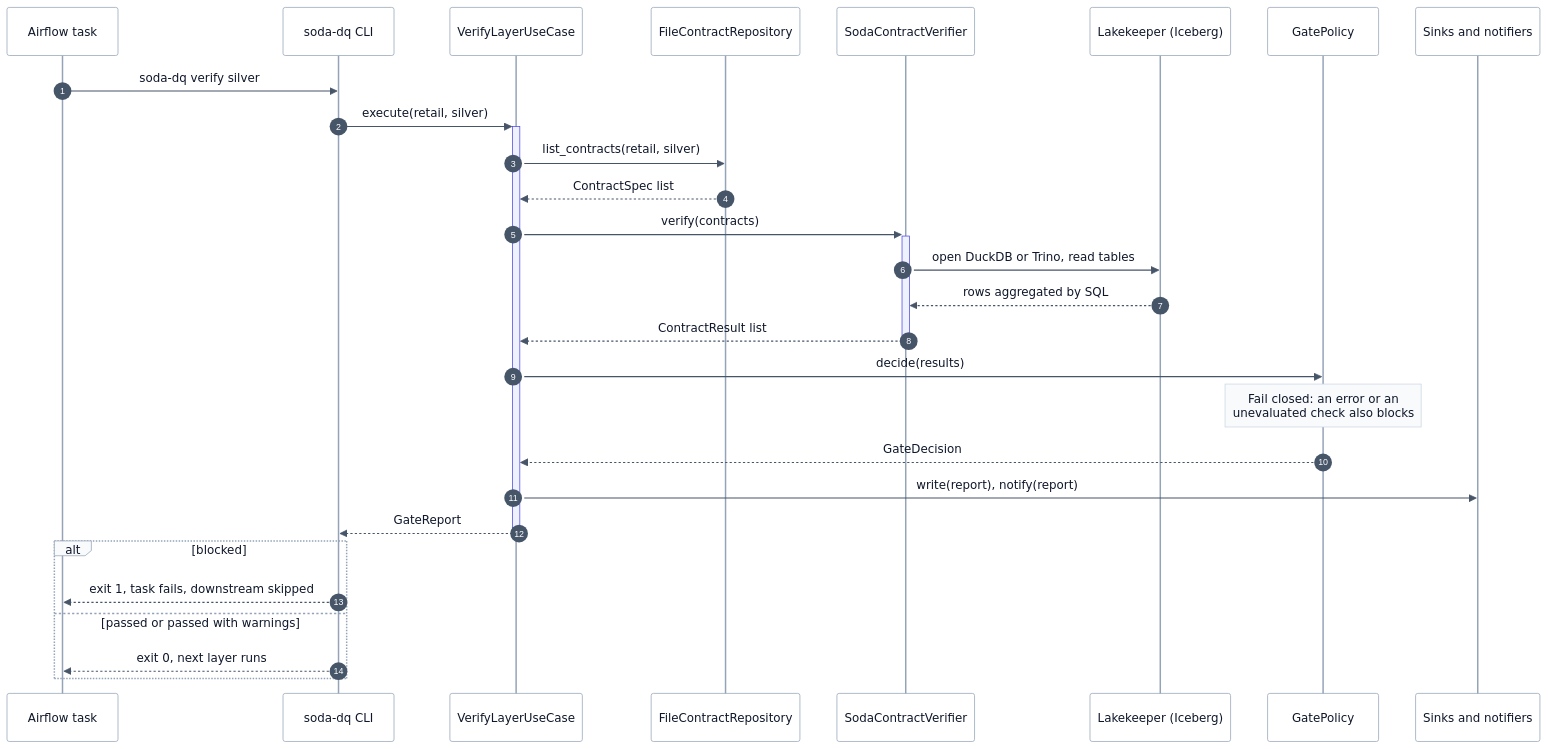
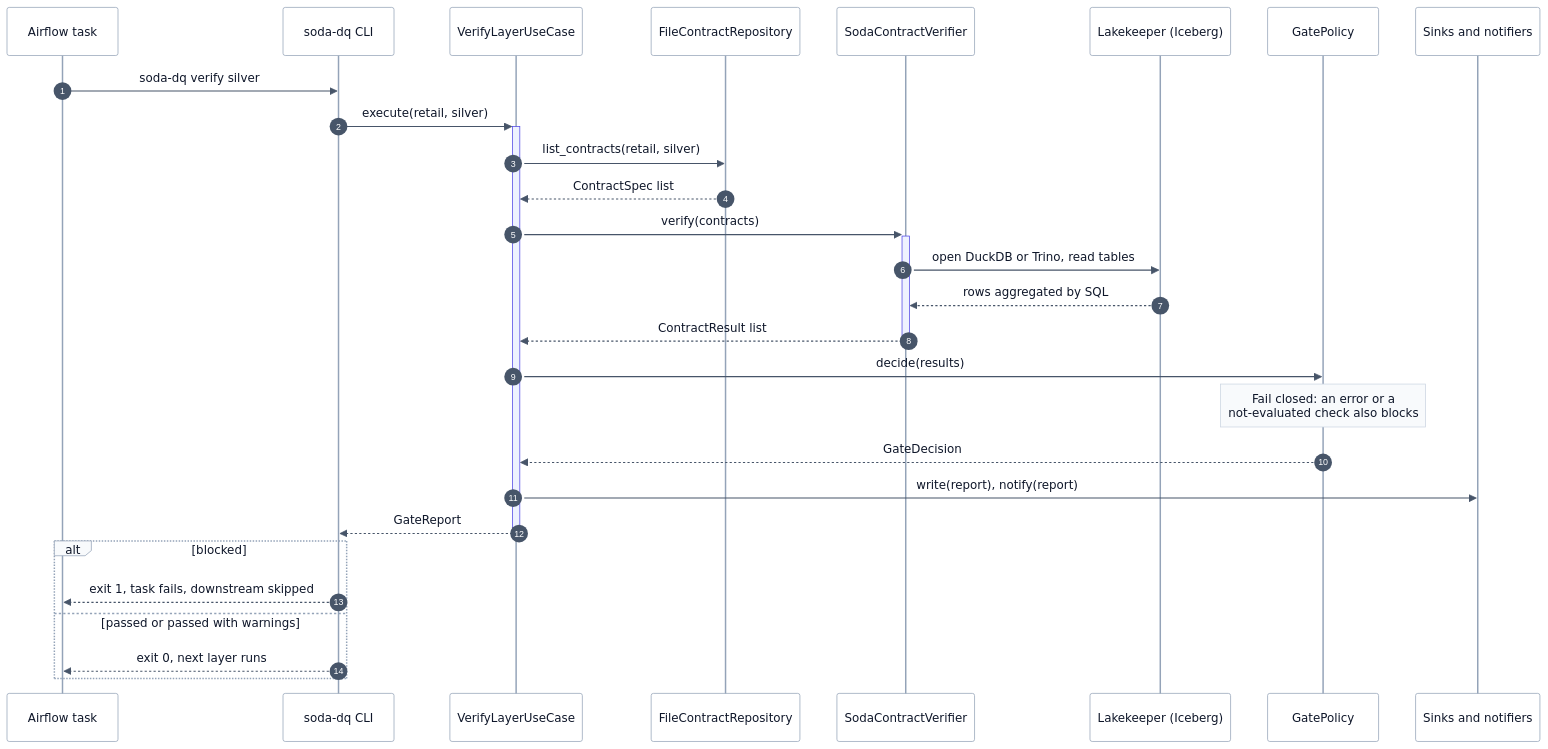
One commit to santoshshinde2012/lakehouse-quality-gates changed the fourth of 5 diagrams in docs/architecture/data-flow.md. Above: the diagram before and after it, drawn with Mermaid. The commit also changed other lines of this file and 48 other files, not shown here.

````diff
--- a/docs/architecture/data-flow.md
+++ b/docs/architecture/data-flow.md
@@ -239,35 +224,35 @@
 ```mermaid
 %%{init: {'theme':'base','themeVariables':{'fontFamily':'Inter, system-ui, -apple-system, Segoe UI, Helvetica, Arial, sans-serif','fontSize':'14px','primaryColor':'#ffffff','primaryTextColor':'#0f172a','primaryBorderColor':'#94a3b8','secondaryColor':'#f8fafc','tertiaryColor':'#f8fafc','lineColor':'#64748b','textColor':'#0f172a','clusterBkg':'#f8fafc','clusterBorder':'#cbd5e1','titleColor':'#334155','edgeLabelBackground':'#ffffff','noteBkgColor':'#f8fafc','noteTextColor':'#0f172a','noteBorderColor':'#cbd5e1','actorBkg':'#ffffff','actorBorder':'#94a3b8','actorTextColor':'#0f172a','actorLineColor':'#94a3b8','signalColor':'#475569','signalTextColor':'#0f172a','labelBoxBkgColor':'#f8fafc','labelBoxBorderColor':'#94a3b8','labelTextColor':'#0f172a','loopTextColor':'#0f172a','activationBkgColor':'#eef2ff','activationBorderColor':'#4f46e5','sequenceNumberColor':'#ffffff','classText':'#0f172a','xyChart':{'backgroundColor':'#ffffff','plotColorPalette':'#4f46e5, #d97706, #0d9488','titleColor':'#0f172a','xAxisLabelColor':'#334155','yAxisLabelColor':'#334155','xAxisLineColor':'#94a3b8','yAxisLineColor':'#94a3b8'}}}}%%
 %% Title: Gate run sequence
 %% Purpose: What happens, in order, when one layer is gated
 %% Last updated: 2026-10-13
 %% Theme: docs/diagrams/THEME.md (shared init line above). Edit here, then run: make diagrams
 sequenceDiagram
   autonumber
   participant U as Airflow task
   participant C as soda-dq CLI
   participant V as VerifyLayerUseCase
   participant R as FileContractRepository
   participant S as SodaContractVerifier
   participant L as Lakekeeper (Iceberg)
   participant P as GatePolicy
   participant K as Sinks and notifiers
   U->>C: soda-dq verify silver
   C->>+V: execute(retail, silver)
   V->>R: list_contracts(retail, silver)
   R-->>V: ContractSpec list
   V->>+S: verify(contracts)
   S->>L: open DuckDB or Trino, read tables
   L-->>S: rows aggregated by SQL
   S-->>-V: ContractResult list
   V->>P: decide(results)
-  Note over P: Fail closed: an error or an<br/>unevaluated check also blocks
+  Note over P: Fail closed: an error or a<br/>not-evaluated check also blocks
   P-->>V: GateDecision
   V->>K: write(report), notify(report)
   V-->>-C: GateReport
   alt blocked
     C-->>U: exit 1, task fails, downstream skipped
   else passed or passed with warnings
     C-->>U: exit 0, next layer runs
   end
 ```
````
